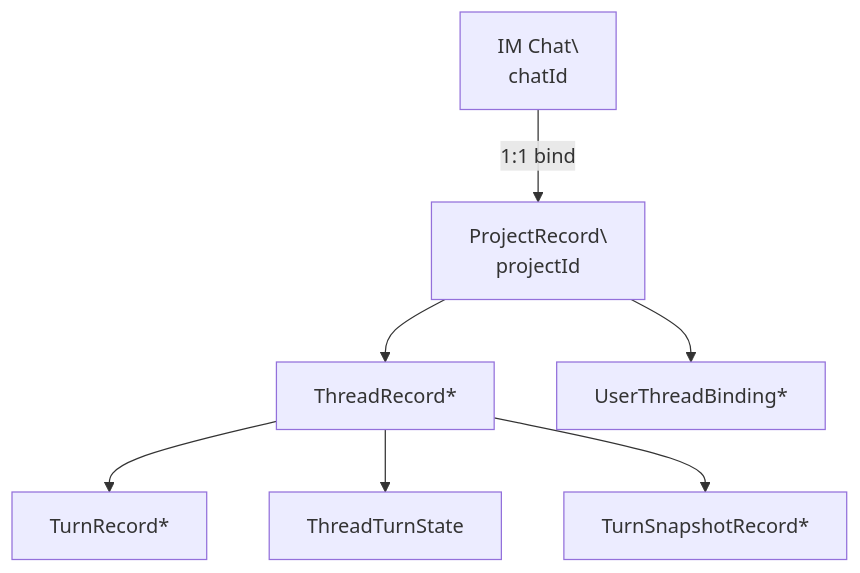
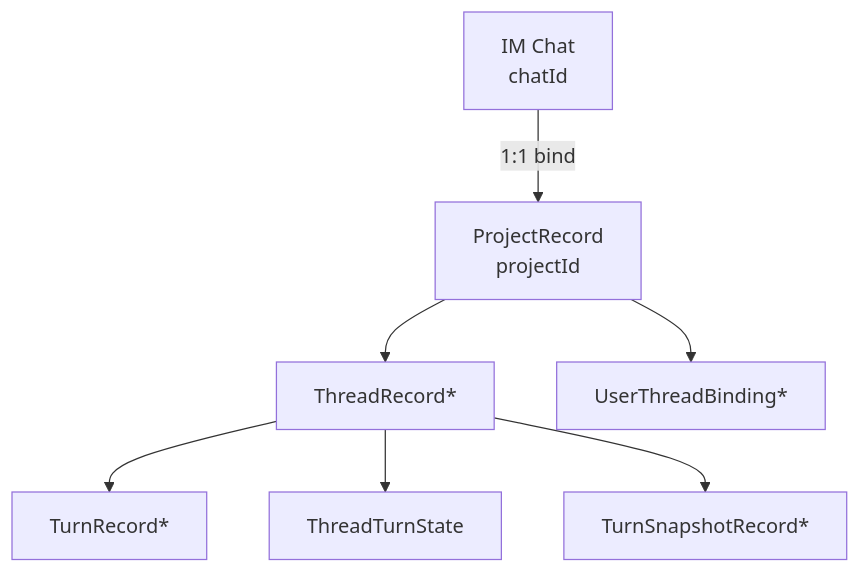
Before and after one commit to vzxxbacq/CollabVibe: the first of 2 diagrams in docs/01-architecture/project-aggregate.md, drawn with Mermaid. The commit also changed other lines of this file and 975 other files, not shown here.

````diff
--- a/docs/01-architecture/project-aggregate.md
+++ b/docs/01-architecture/project-aggregate.md
@@ -19,9 +19,9 @@
 ```mermaid
 flowchart TD
-  Chat[IM Chat\\nchatId] -->|1:1 bind| Project[ProjectRecord\\nprojectId]
+  Chat[IM Chat\nchatId] -->|1:1 bind| Project[ProjectRecord\nprojectId]
   Project --> Thread[ThreadRecord*]
   Project --> UserBinding[UserThreadBinding*]
   Thread --> Turn[TurnRecord*]
   Thread --> State[ThreadTurnState]
   Thread --> Snapshot[TurnSnapshotRecord*]
 ```
````
